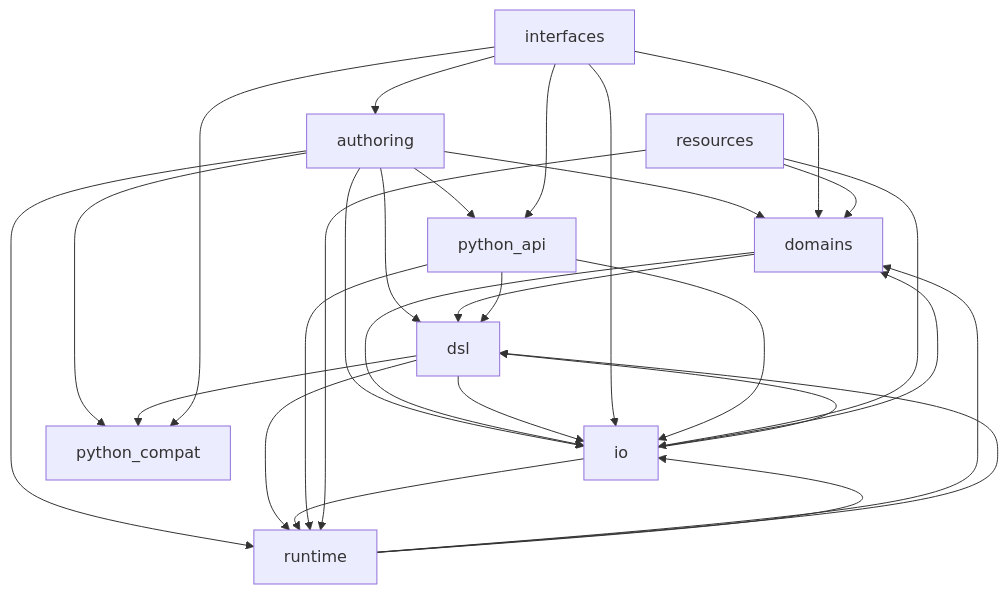
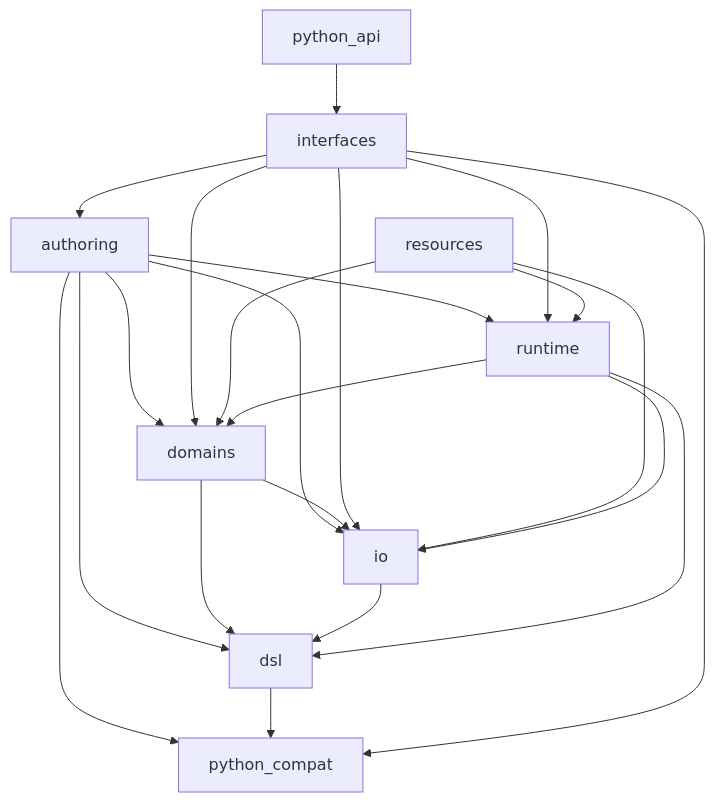
One commit to rapiddweller/datamimic changed the second of 2 diagrams in docs/architecture/refactoring-study/experiment-2/target-architecture.md. Above: the diagram before and after it, drawn with Mermaid. The commit also changed 40 other files, not shown here.

````diff
--- a/docs/architecture/refactoring-study/experiment-2/target-architecture.md
+++ b/docs/architecture/refactoring-study/experiment-2/target-architecture.md
@@ -74,31 +74,24 @@
 ```mermaid
 graph TD
     authoring --> domains
     authoring --> dsl
     authoring --> io
-    authoring --> python_api
     authoring --> python_compat
     authoring --> runtime
     domains --> dsl
     domains --> io
-    dsl --> io
     dsl --> python_compat
-    dsl --> runtime
     interfaces --> authoring
     interfaces --> domains
     interfaces --> io
-    interfaces --> python_api
     interfaces --> python_compat
-    io --> domains
+    interfaces --> runtime
     io --> dsl
-    io --> runtime
-    python_api --> dsl
-    python_api --> io
-    python_api --> runtime
+    python_api --> interfaces
     resources --> domains
     resources --> io
     resources --> runtime
     runtime --> domains
     runtime --> dsl
     runtime --> io
 ```
````
